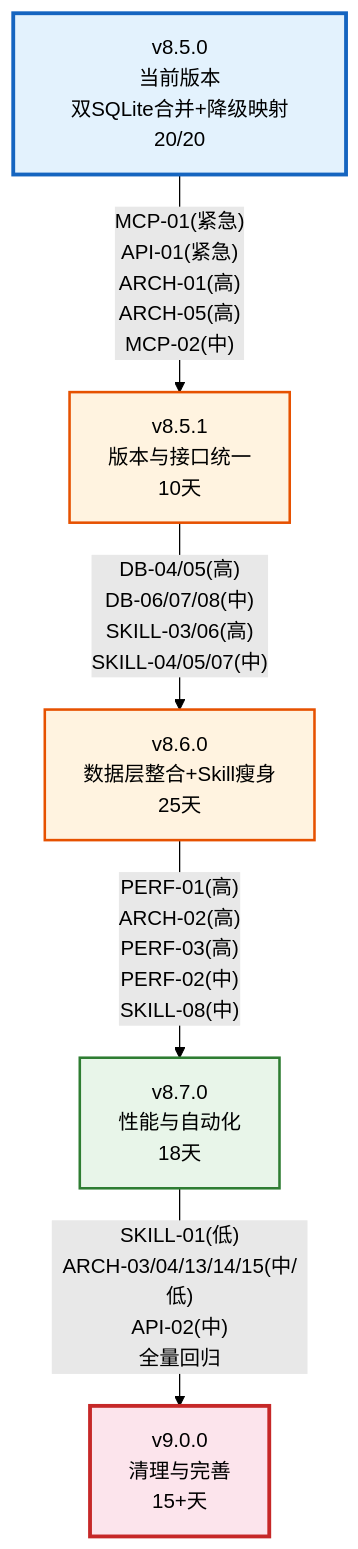
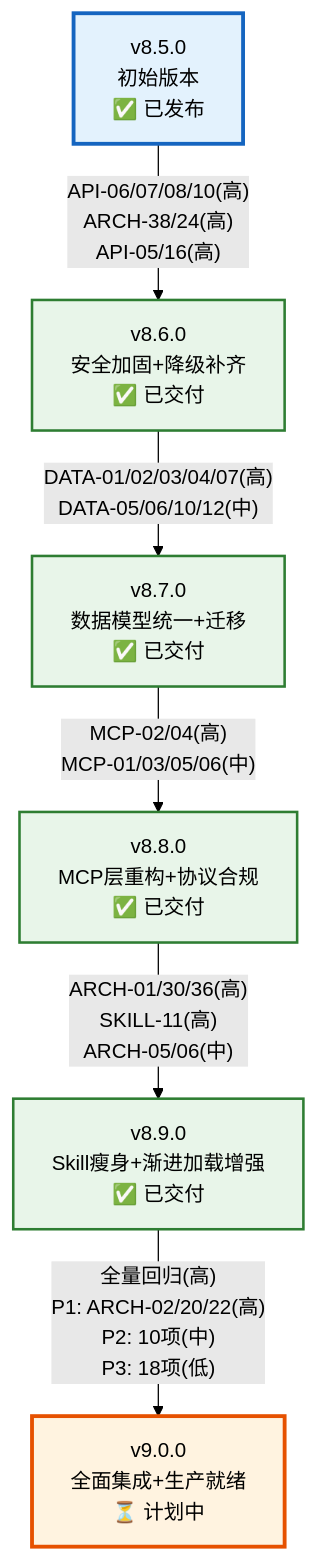
The second of 3 diagrams in docs/plan/v-l.md (xuanyuanchumo/xuansto), drawn with Mermaid (forest theme) before and after one commit. The commit also changed other lines of this file and 138 other files, not shown here.

````diff
--- a/docs/plan/v-l.md
+++ b/docs/plan/v-l.md
@@ -381,19 +443,22 @@
 ```mermaid
 flowchart TD
-    V850["v8.5.0<br/>当前版本<br/>双SQLite合并+降级映射20/20"]
-    V851["v8.5.1<br/>版本与接口统一<br/>10天"]
-    V860["v8.6.0<br/>数据层整合+Skill瘦身<br/>25天"]
-    V870["v8.7.0<br/>性能与自动化<br/>18天"]
-    V900["v9.0.0<br/>清理与完善<br/>15+天"]
+    V850["v8.5.0<br/>初始版本<br/>✅ 已发布"]
+    V860["v8.6.0<br/>安全加固+降级补齐<br/>✅ 已交付"]
+    V870["v8.7.0<br/>数据模型统一+迁移<br/>✅ 已交付"]
+    V880["v8.8.0<br/>MCP层重构+协议合规<br/>✅ 已交付"]
+    V890["v8.9.0<br/>Skill瘦身+渐进加载增强<br/>✅ 已交付"]
+    V900["v9.0.0<br/>全面集成+生产就绪<br/>⏳ 计划中"]
 
-    V850 -->|"MCP-01(紧急)<br/>API-01(紧急)<br/>ARCH-01(高)<br/>ARCH-05(高)<br/>MCP-02(中)"| V851
-    V851 -->|"DB-04/05(高)<br/>DB-06/07/08(中)<br/>SKILL-03/06(高)<br/>SKILL-04/05/07(中)"| V860
-    V860 -->|"PERF-01(高)<br/>ARCH-02(高)<br/>PERF-03(高)<br/>PERF-02(中)<br/>SKILL-08(中)"| V870
-    V870 -->|"SKILL-01(低)<br/>ARCH-03/04/13/14/15(中/低)<br/>API-02(中)<br/>全量回归"| V900
+    V850 -->|"API-06/07/08/10(高)<br/>ARCH-38/24(高)<br/>API-05/16(高)"| V860
+    V860 -->|"DATA-01/02/03/04/07(高)<br/>DATA-05/06/10/12(中)"| V870
+    V870 -->|"MCP-02/04(高)<br/>MCP-01/03/05/06(中)"| V880
+    V880 -->|"ARCH-01/30/36(高)<br/>SKILL-11(高)<br/>ARCH-05/06(中)"| V890
+    V890 -->|"全量回归(高)<br/>P1: ARCH-02/20/22(高)<br/>P2: 10项(中)<br/>P3: 18项(低)"| V900
 
     style V850 fill:#e3f2fd,stroke:#1565c0,stroke-width:3px
-    style V851 fill:#fff3e0,stroke:#e65100,stroke-width:2px
-    style V860 fill:#fff3e0,stroke:#e65100,stroke-width:2px
+    style V860 fill:#e8f5e9,stroke:#2e7d32,stroke-width:2px
     style V870 fill:#e8f5e9,stroke:#2e7d32,stroke-width:2px
-    style V900 fill:#fce4ec,stroke:#c62828,stroke-width:3px
+    style V880 fill:#e8f5e9,stroke:#2e7d32,stroke-width:2px
+    style V890 fill:#e8f5e9,stroke:#2e7d32,stroke-width:2px
+    style V900 fill:#fff3e0,stroke:#e65100,stroke-width:3px
 ```
````
